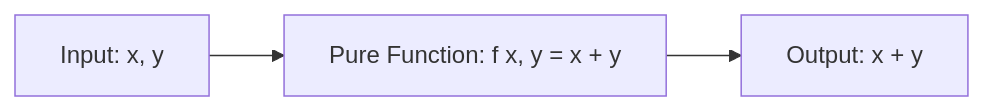
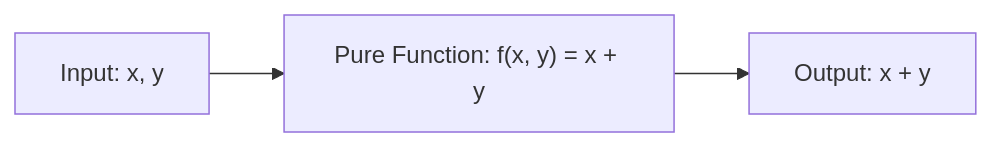
One commit to youngmin-gwon/what-i-studied changed the diagram in 01_inbox/computer-science/pure-function.md. Above: the diagram before and after it, drawn with Mermaid. The commit also changed other lines of this file and 225 other files, not shown here.

````diff
--- a/01_inbox/computer-science/pure-function.md
+++ b/01_inbox/computer-science/pure-function.md
@@ -23,5 +23,5 @@
 ```mermaid
 flowchart LR
-    Input[Input: x, y] --> PureFn[Pure Function: f x, y = x + y]
-    PureFn --> Output[Output: x + y]
+    Input["Input: x, y"] --> PureFn["Pure Function: f(x, y) = x + y"]
+    PureFn --> Output["Output: x + y"]
 ```
````
